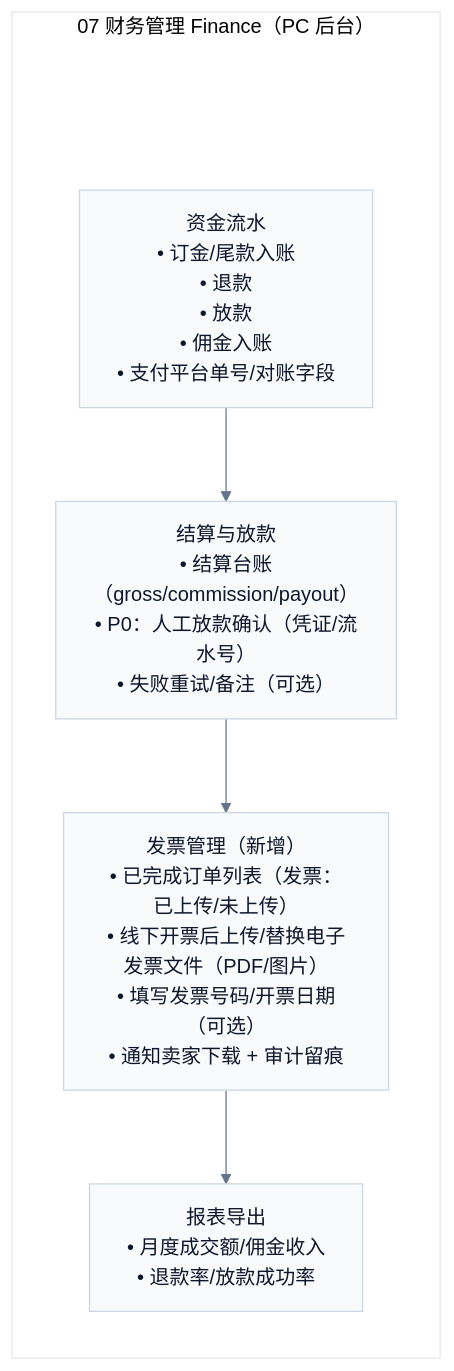
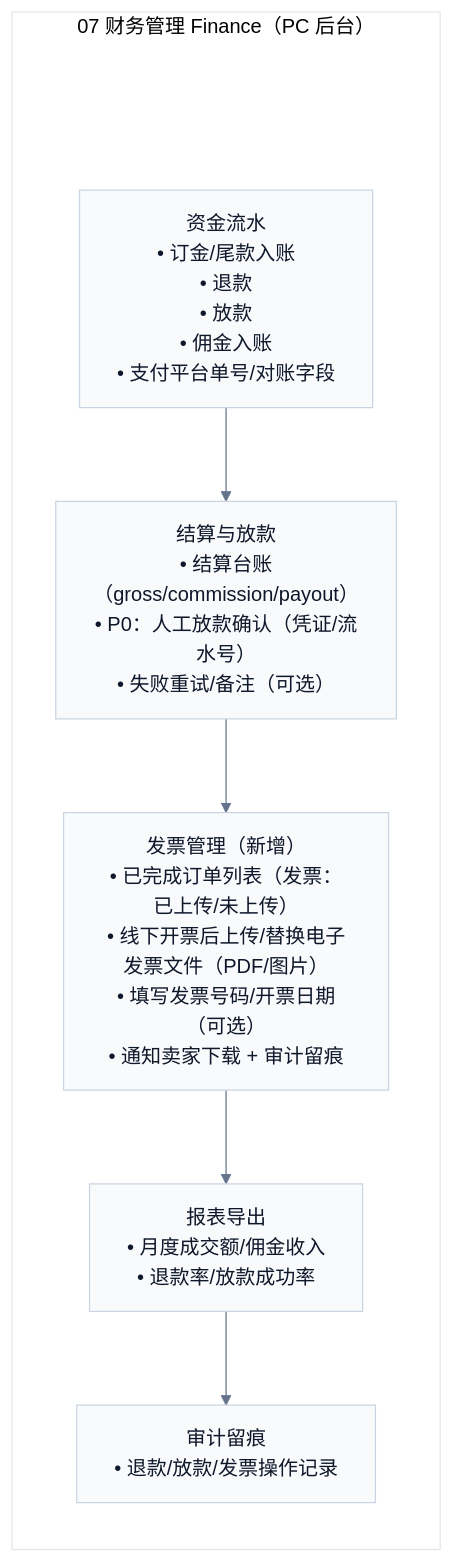
One commit to Ming-1984/Ipmoney changed the diagram in docs/demo/pages/admin/07-finance.mmd. Above: the diagram before and after it, drawn with Mermaid. The commit also changed 46 other files, not shown here.

```diff
--- a/docs/demo/pages/admin/07-finance.mmd
+++ b/docs/demo/pages/admin/07-finance.mmd
@@ -1,15 +1,16 @@
 %%{init: {'theme':'base','flowchart': {'htmlLabels': true},'themeVariables': {'fontFamily': 'Inter, Microsoft YaHei, sans-serif','lineColor':'#64748B','primaryTextColor':'#0F172A','primaryBorderColor':'#CBD5E1','primaryColor':'#F8FAFC'}}}%%
 flowchart TB
   subgraph P["07 财务管理 Finance（PC 后台）"]
     direction TB
     Pad[" "]:::pad
     Ledger["资金流水<br/>• 订金/尾款入账<br/>• 退款<br/>• 放款<br/>• 佣金入账<br/>• 支付平台单号/对账字段"]
     Settlement["结算与放款<br/>• 结算台账（gross/commission/payout）<br/>• P0：人工放款确认（凭证/流水号）<br/>• 失败重试/备注（可选）"]
     Invoices["发票管理（新增）<br/>• 已完成订单列表（发票：已上传/未上传）<br/>• 线下开票后上传/替换电子发票文件（PDF/图片）<br/>• 填写发票号码/开票日期（可选）<br/>• 通知卖家下载 + 审计留痕"]
     Reports["报表导出<br/>• 月度成交额/佣金收入<br/>• 退款率/放款成功率"]
+    Audit["审计留痕<br/>• 退款/放款/发票操作记录"]
     Pad --> Ledger
-    Ledger --> Settlement --> Invoices --> Reports
+    Ledger --> Settlement --> Invoices --> Reports --> Audit
   end
 
   classDef pad fill:transparent,stroke:transparent,color:transparent;
   linkStyle 0 stroke:transparent,fill:transparent;
```
